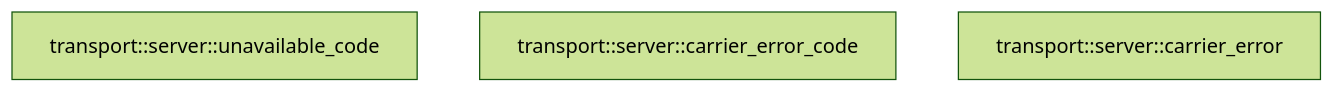
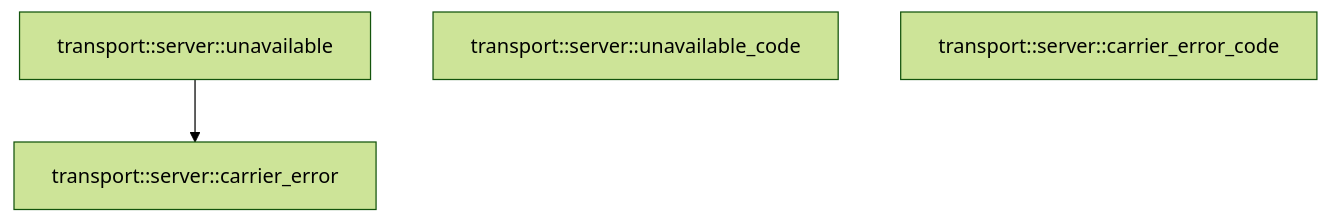
One commit to TekesApps/TekesKernel changed the fourth of 4 diagrams in crates/transport/docs/generated/src--server.md. Above: the diagram before and after it, drawn with Mermaid (forest theme). The commit also changed other lines of this file and 125 other files, not shown here.

````diff
--- a/crates/transport/docs/generated/src--server.md
+++ b/crates/transport/docs/generated/src--server.md
@@ -369,6 +371,8 @@
 ```mermaid
 flowchart TD
-  n0["transport::server::unavailable_code"]
-  n1["transport::server::carrier_error_code"]
-  n2["transport::server::carrier_error"]
+  n0["transport::server::unavailable"]
+  n1["transport::server::unavailable_code"]
+  n2["transport::server::carrier_error_code"]
+  n3["transport::server::carrier_error"]
+  n0 --> n3
 ```
````
